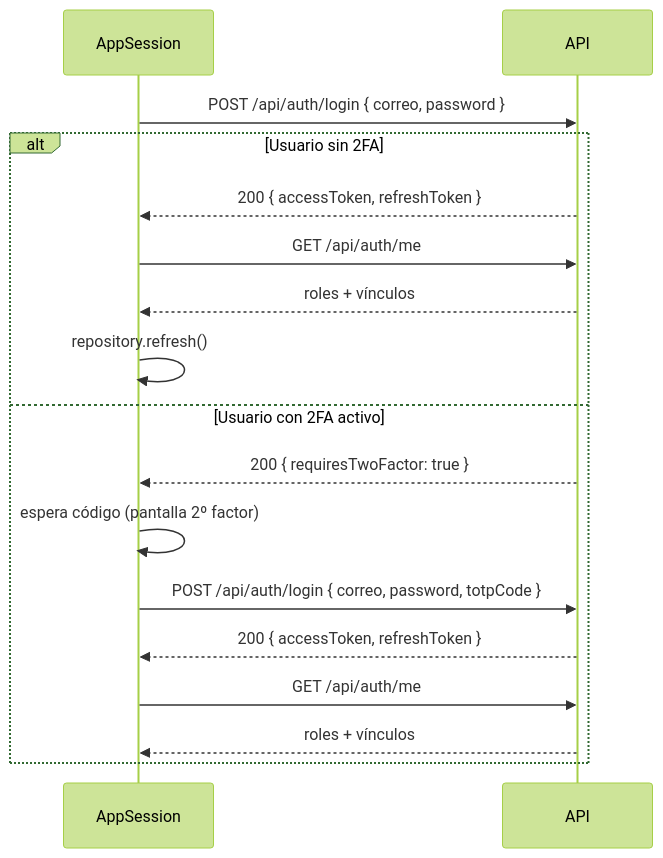
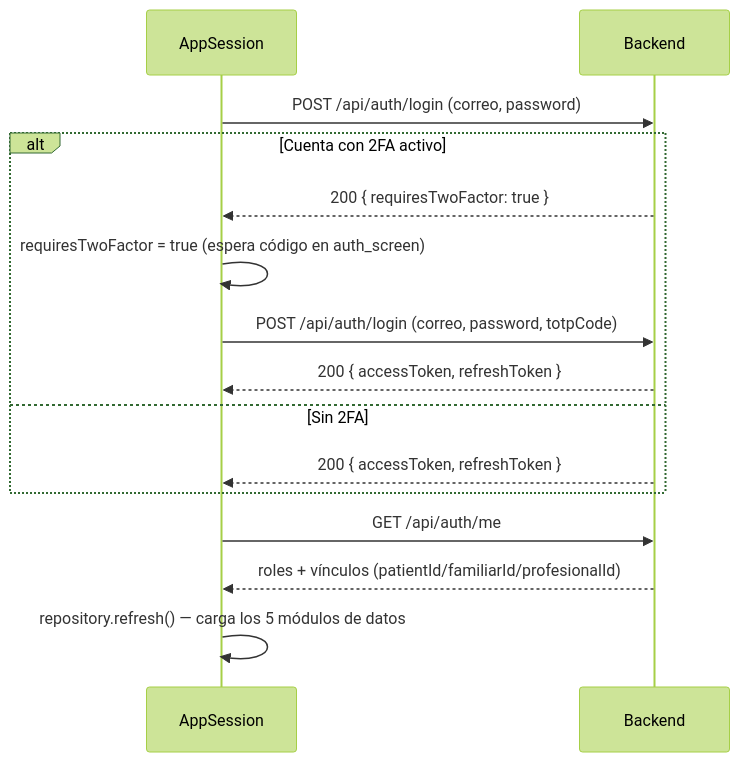
One commit to Abemilek/nexovida changed the third of 3 diagrams in mobile/README.md. Above: the diagram before and after it, drawn with Mermaid (forest theme). The commit also changed other lines of this file and 5 other files, not shown here.

````diff
--- a/mobile/README.md
+++ b/mobile/README.md
@@ -112,21 +164,18 @@
 ```mermaid
 sequenceDiagram
     participant App as AppSession
-    participant API as API
+    participant API as Backend
 
-    App->>API: POST /api/auth/login { correo, password }
-
-    alt Usuario sin 2FA
+    App->>API: POST /api/auth/login (correo, password)
+    alt Cuenta con 2FA activo
+        API-->>App: 200 { requiresTwoFactor: true }
+        App->>App: requiresTwoFactor = true (espera código en auth_screen)
+        App->>API: POST /api/auth/login (correo, password, totpCode)
         API-->>App: 200 { accessToken, refreshToken }
-        App->>API: GET /api/auth/me
-        API-->>App: roles + vínculos
-        App->>App: repository.refresh()
-    else Usuario con 2FA activo
-        API-->>App: 200 { requiresTwoFactor: true }
-        App->>App: espera código (pantalla 2º factor)
-        App->>API: POST /api/auth/login { correo, password, totpCode }
+    else Sin 2FA
         API-->>App: 200 { accessToken, refreshToken }
-        App->>API: GET /api/auth/me
-        API-->>App: roles + vínculos
     end
+    App->>API: GET /api/auth/me
+    API-->>App: roles + vínculos (patientId/familiarId/profesionalId)
+    App->>App: repository.refresh() — carga los 5 módulos de datos
 ```
````
